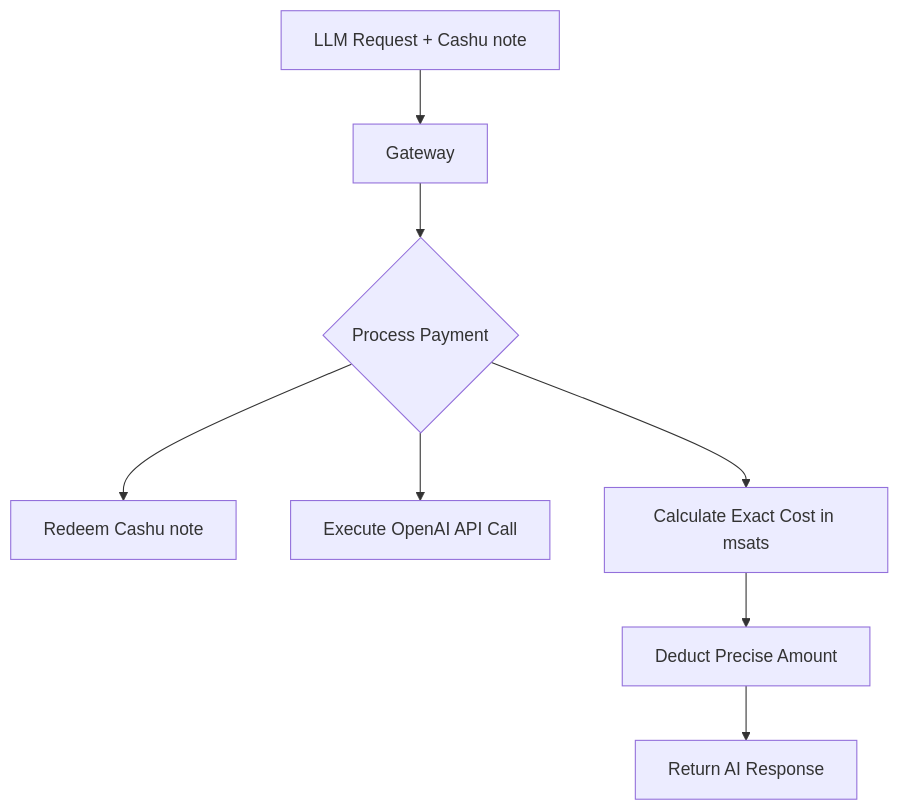
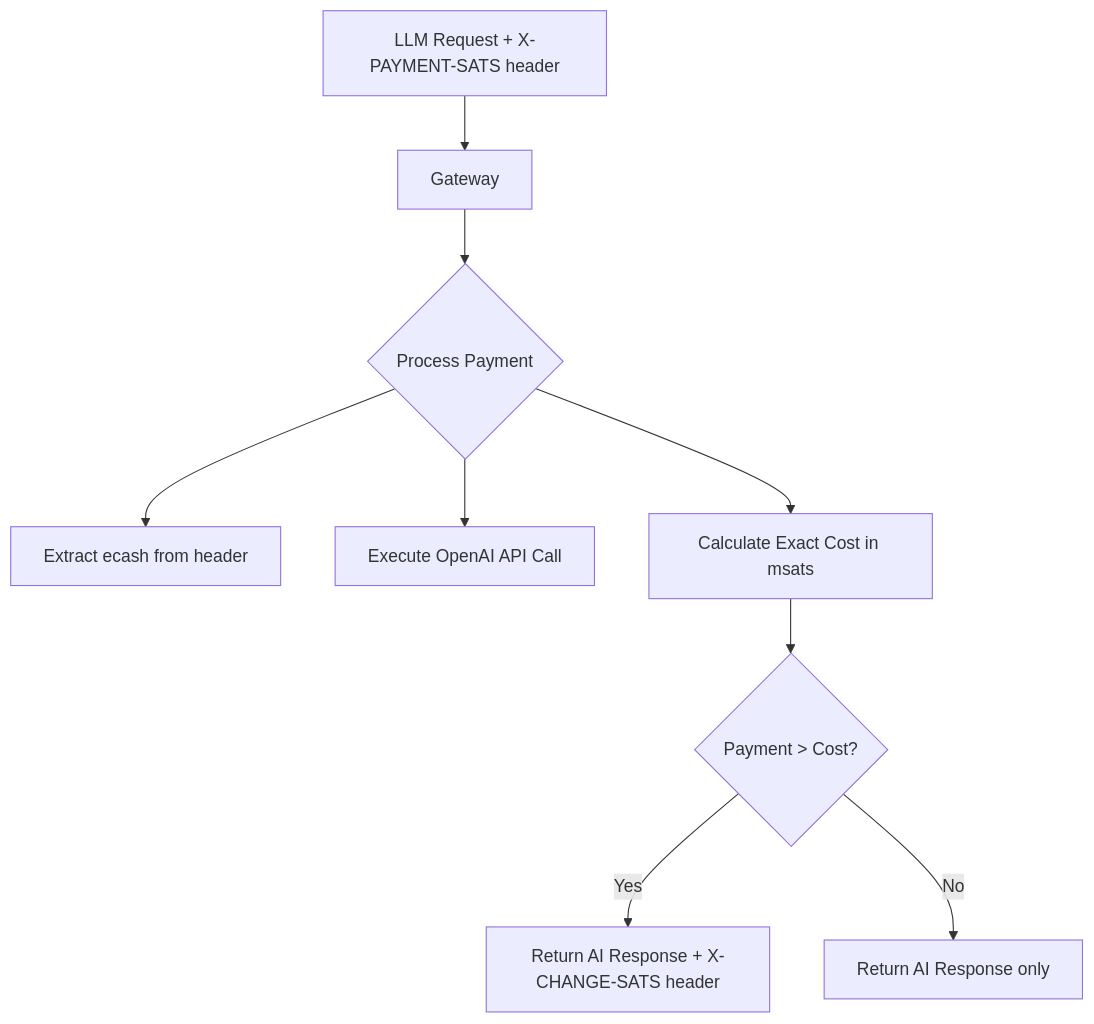
The third of 4 diagrams in README.md (Routstr/otrta-client), drawn with Mermaid before and after one commit. The commit also changed other lines of this file, not shown here.

````diff
--- a/README.md
+++ b/README.md
@@ -91,10 +93,11 @@
 ```mermaid
 flowchart
-    A[LLM Request + Cashu note] --> B[Gateway]
+    A[LLM Request + X-PAYMENT-SATS header] --> B[Gateway]
     B --> C{Process Payment}
-    C --> D[Redeem Cashu note]
+    C --> D[Extract ecash from header]
     C --> E[Execute OpenAI API Call]
     C --> F[Calculate Exact Cost in msats]
-    F --> G[Deduct Precise Amount]
-    G --> H[Return AI Response]
+    F --> G{Payment > Cost?}
+    G -->|Yes| H[Return AI Response + X-CHANGE-SATS header]
+    G -->|No| I[Return AI Response only]
 ```
````
